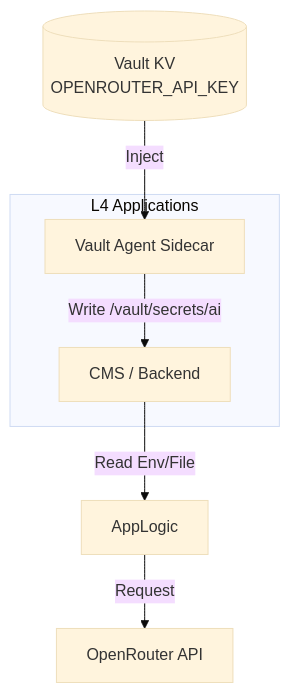
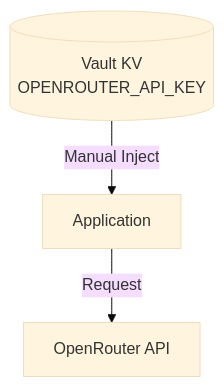
The diagram in docs/ssot/platform.ai.md (wangzitian0/infra2), drawn with Mermaid (base theme) before and after one commit. The commit also changed other lines of this file and 59 other files, not shown here.

````diff
--- a/docs/ssot/platform.ai.md
+++ b/docs/ssot/platform.ai.md
@@ -29,16 +21,9 @@
 ```mermaid
 flowchart TB
     Vault[(Vault KV<br/>OPENROUTER_API_KEY)]
-    
-    subgraph "L4 Applications"
-        App[CMS / Backend]
-        Agent[Vault Agent Sidecar]
-    end
-    
+    App[Application]
     External[OpenRouter API]
 
-    Vault -->|Inject| Agent
-    Agent -->|Write /vault/secrets/ai| App
-    App -->|Read Env/File| AppLogic
-    AppLogic -->|Request| External
+    Vault -->|Manual Inject| App
+    App -->|Request| External
 ```
````
